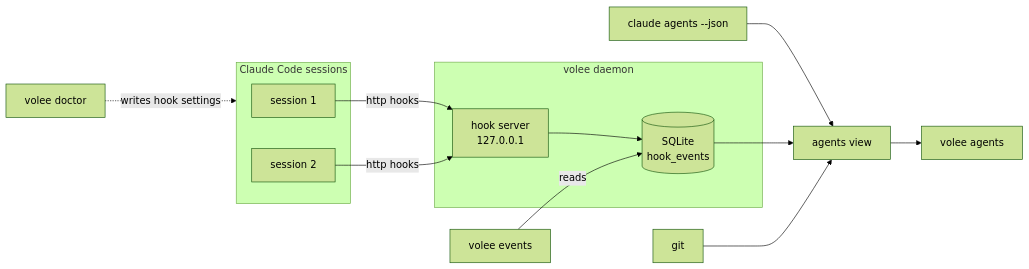
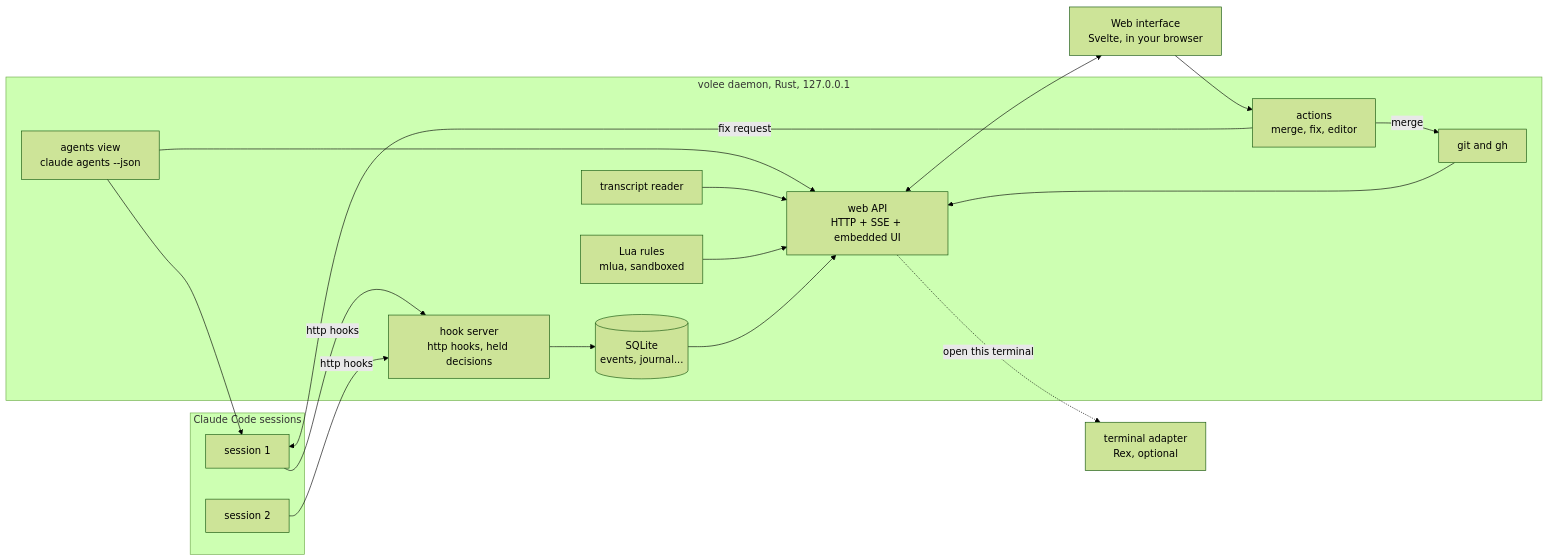
One commit to volee-org/volee changed the diagram in docs/src/architecture/overview.md. Above: the diagram before and after it, drawn with Mermaid (forest theme). The commit also changed other lines of this file and 33 other files, not shown here.

````diff
--- a/docs/src/architecture/overview.md
+++ b/docs/src/architecture/overview.md
@@ -50,22 +41,33 @@
 ```mermaid
 flowchart LR
   subgraph CC[Claude Code sessions]
     A1[session 1]
     A2[session 2]
   end
-  subgraph D[volee daemon]
-    H[hook server<br/>127.0.0.1]
-    DB[(SQLite<br/>hook_events)]
+  subgraph D[volee daemon, Rust, 127.0.0.1]
+    H[hook server<br/>http hooks, held decisions]
+    P[agents view<br/>claude agents --json]
+    T[transcript reader]
+    G[git and gh]
+    L[Lua rules<br/>mlua, sandboxed]
+    DB[(SQLite<br/>events, journal...)]
+    ACT[actions<br/>merge, fix, editor]
+    W[web API<br/>HTTP + SSE + embedded UI]
   end
-  CLI[volee events]
-  DOC[volee doctor]
+  UI[Web interface<br/>Svelte, in your browser]
+  AD[terminal adapter<br/>Rex, optional]
   A1 -- http hooks --> H
   A2 -- http hooks --> H
   H --> DB
-  P[claude agents --json] --> V[agents view]
-  DB --> V
-  G[git] --> V
-  V --> AG[volee agents]
-  CLI -- reads --> DB
-  DOC -. writes hook settings .-> CC
+  P --> A1
+  P --> W
+  T --> W
+  G --> W
+  L --> W
+  DB --> W
+  W <--> UI
+  UI --> ACT
+  ACT -- merge --> G
+  ACT -- fix request --> A1
+  W -. open this terminal .-> AD
 ```
````
